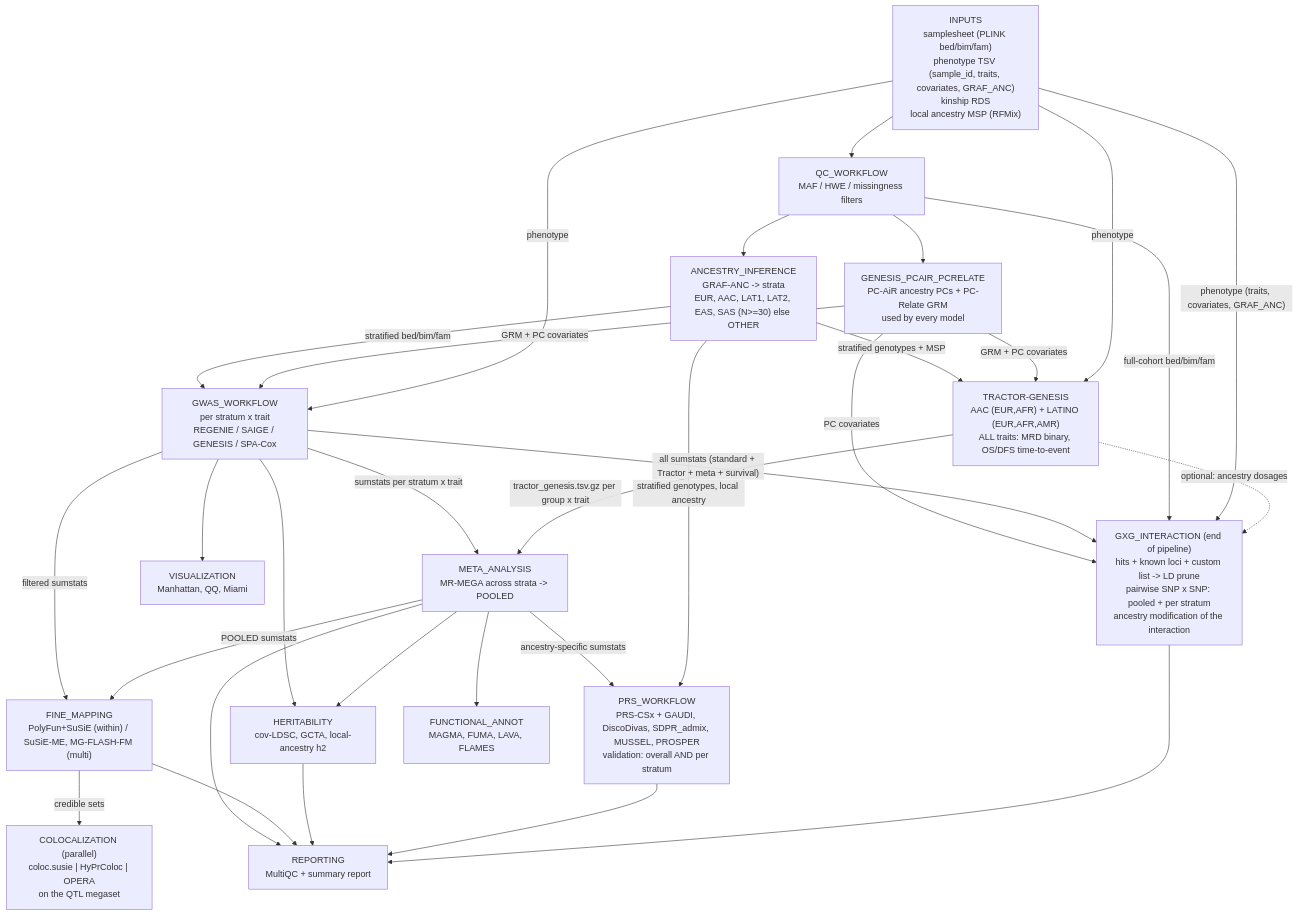
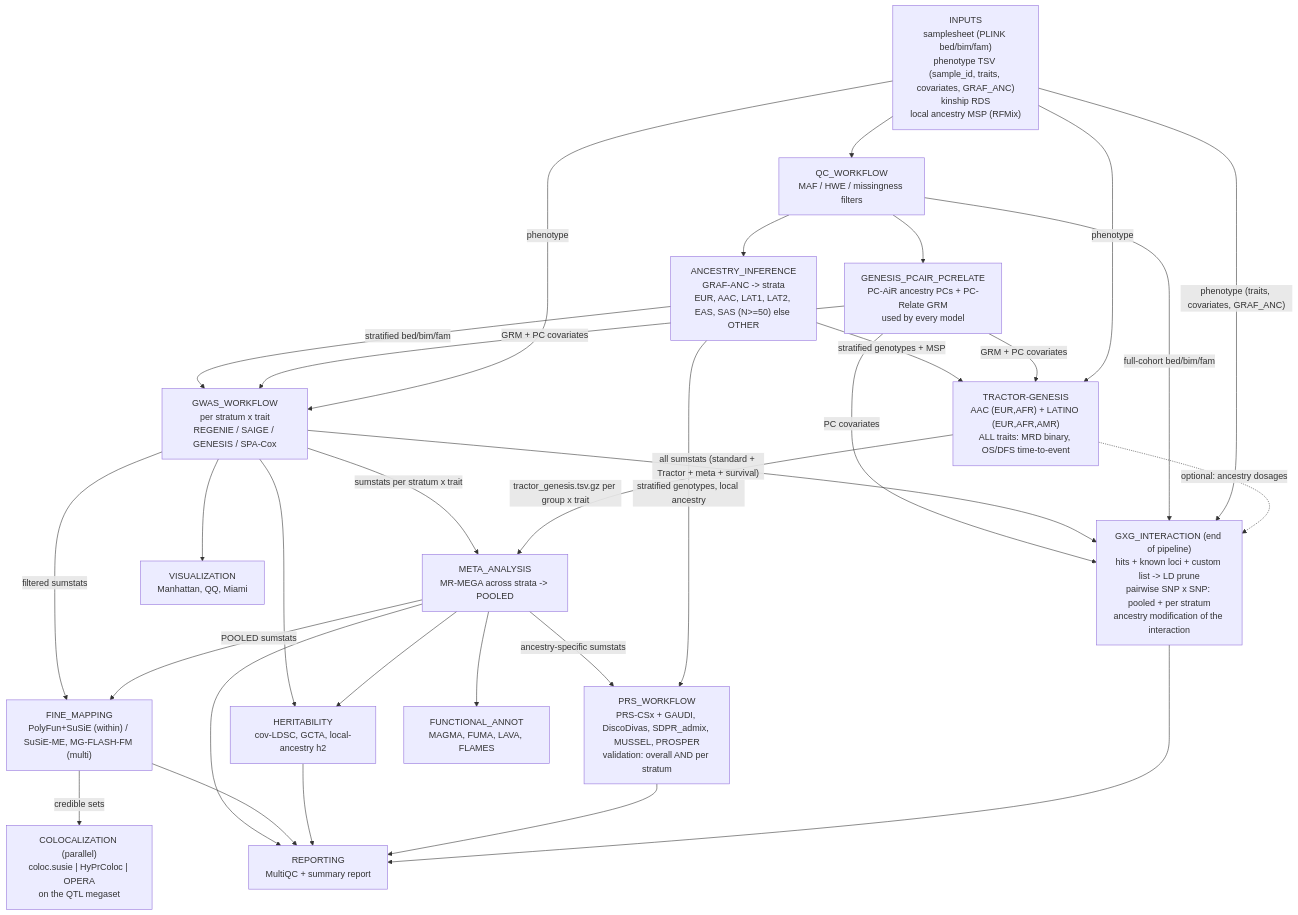
One commit to chrisrob3312/Nextflow_GWAS_pipeline changed the first of 4 diagrams in docs/WORKFLOW.md. Above: the diagram before and after it, drawn with Mermaid. The commit also changed other lines of this file and 14 other files, not shown here.

````diff
--- a/docs/WORKFLOW.md
+++ b/docs/WORKFLOW.md
@@ -33,48 +33,48 @@
 ```mermaid
 flowchart TD
     IN["INPUTS<br/>samplesheet (PLINK bed/bim/fam)<br/>phenotype TSV (sample_id, traits, covariates, GRAF_ANC)<br/>kinship RDS<br/>local ancestry MSP (RFMix)"]
     QC["QC_WORKFLOW<br/>MAF / HWE / missingness filters"]
-    ANC["ANCESTRY_INFERENCE<br/>GRAF-ANC -> strata<br/>EUR, AAC, LAT1, LAT2, EAS, SAS (N>=30) else OTHER"]
+    ANC["ANCESTRY_INFERENCE<br/>GRAF-ANC -> strata<br/>EUR, AAC, LAT1, LAT2, EAS, SAS (N>=50) else OTHER"]
     GWAS["GWAS_WORKFLOW<br/>per stratum x trait<br/>REGENIE / SAIGE / GENESIS / SPA-Cox"]
     TR["TRACTOR-GENESIS<br/>AAC (EUR,AFR) + LATINO (EUR,AFR,AMR)<br/>ALL traits: MRD binary, OS/DFS time-to-event"]
     META["META_ANALYSIS<br/>MR-MEGA across strata -> POOLED"]
     VIS["VISUALIZATION<br/>Manhattan, QQ, Miami"]
     FM["FINE_MAPPING<br/>PolyFun+SuSiE (within) / SuSiE-ME, MG-FLASH-FM (multi)"]
     COLOC["COLOCALIZATION (parallel)<br/>coloc.susie | HyPrColoc | OPERA<br/>on the QTL megaset"]
     H2["HERITABILITY<br/>cov-LDSC, GCTA, local-ancestry h2"]
     PRS["PRS_WORKFLOW<br/>PRS-CSx + GAUDI, DiscoDivas, SDPR_admix, MUSSEL, PROSPER<br/>validation: overall AND per stratum"]
     FUNC["FUNCTIONAL_ANNOT<br/>MAGMA, FUMA, LAVA, FLAMES"]
     GXG["GXG_INTERACTION (end of pipeline)<br/>hits + known loci + custom list -> LD prune<br/>pairwise SNP x SNP: pooled + per stratum<br/>ancestry modification of the interaction"]
     REP["REPORTING<br/>MultiQC + summary report"]
 
     PCA["GENESIS_PCAIR_PCRELATE<br/>PC-AiR ancestry PCs + PC-Relate GRM<br/>used by every model"]
     IN --> QC --> ANC
     QC --> PCA
     ANC -->|"stratified bed/bim/fam"| GWAS
     ANC -->|"stratified genotypes + MSP"| TR
     PCA -->|"GRM + PC covariates"| GWAS
     PCA -->|"GRM + PC covariates"| TR
     PCA -->|"PC covariates"| GXG
     IN -->|"phenotype"| GWAS
     IN -->|"phenotype"| TR
     GWAS -->|"sumstats per stratum x trait"| META
     TR -->|"tractor_genesis.tsv.gz per group x trait"| META
     GWAS --> VIS
     GWAS -->|"filtered sumstats"| FM
     META -->|"POOLED sumstats"| FM
     FM -->|"credible sets"| COLOC
     GWAS --> H2
     META --> H2
     META -->|"ancestry-specific sumstats"| PRS
     ANC -->|"stratified genotypes, local ancestry"| PRS
     META --> FUNC
     GWAS -->|"all sumstats (standard + Tractor + meta + survival)"| GXG
     QC -->|"full-cohort bed/bim/fam"| GXG
     IN -->|"phenotype (traits, covariates, GRAF_ANC)"| GXG
     TR -.->|"optional: ancestry dosages"| GXG
     META --> REP
     FM --> REP
     H2 --> REP
     PRS --> REP
     GXG --> REP
 ```
````
